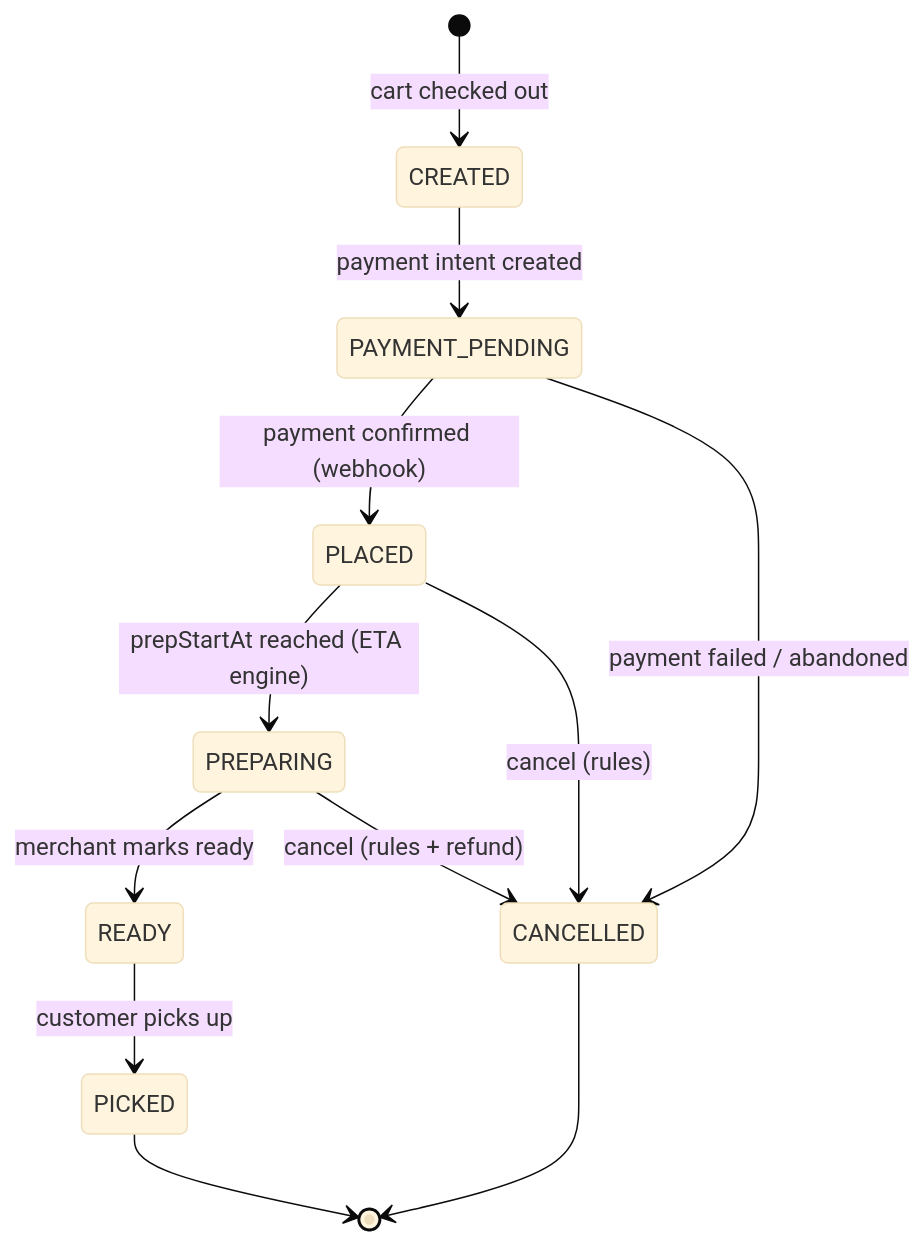
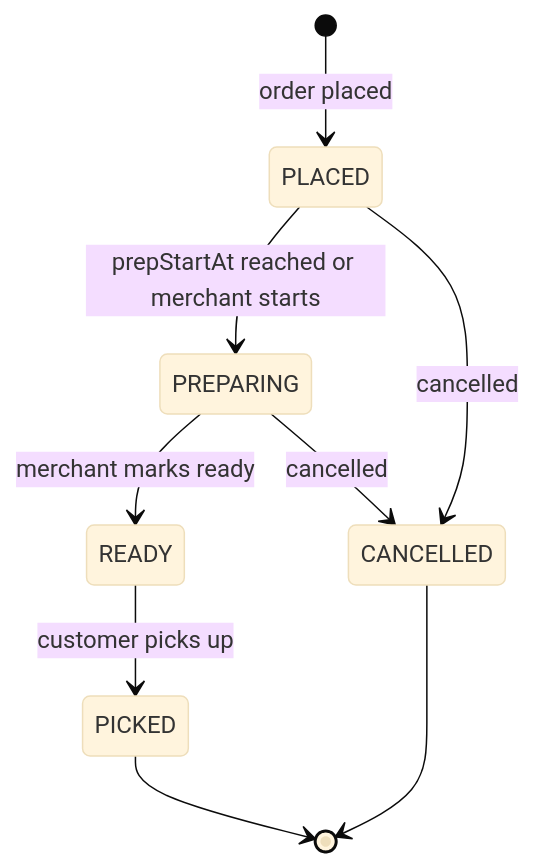
The fifth of 9 diagrams in ARCHITECTURE.md (ManoharEldhandi/OnTheWay), drawn with Mermaid (base theme) before and after one commit. The commit also changed other lines of this file and 21 other files, not shown here.

````diff
--- a/ARCHITECTURE.md
+++ b/ARCHITECTURE.md
@@ -195,14 +166,11 @@
 ```mermaid
 stateDiagram-v2
-    [*] --> CREATED: cart checked out
-    CREATED --> PAYMENT_PENDING: payment intent created
-    PAYMENT_PENDING --> PLACED: payment confirmed (webhook)
-    PAYMENT_PENDING --> CANCELLED: payment failed / abandoned
-    PLACED --> PREPARING: prepStartAt reached (ETA engine)
+    [*] --> PLACED: order placed
+    PLACED --> PREPARING: prepStartAt reached or merchant starts
     PREPARING --> READY: merchant marks ready
     READY --> PICKED: customer picks up
-    PLACED --> CANCELLED: cancel (rules)
-    PREPARING --> CANCELLED: cancel (rules + refund)
+    PLACED --> CANCELLED: cancelled
+    PREPARING --> CANCELLED: cancelled
     PICKED --> [*]
     CANCELLED --> [*]
 ```
````
